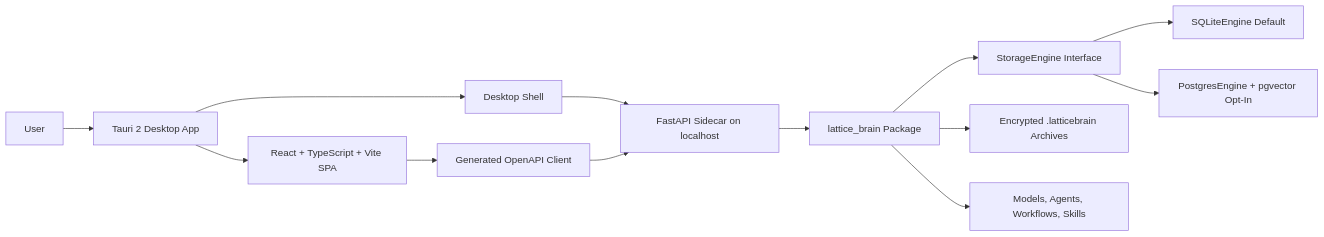
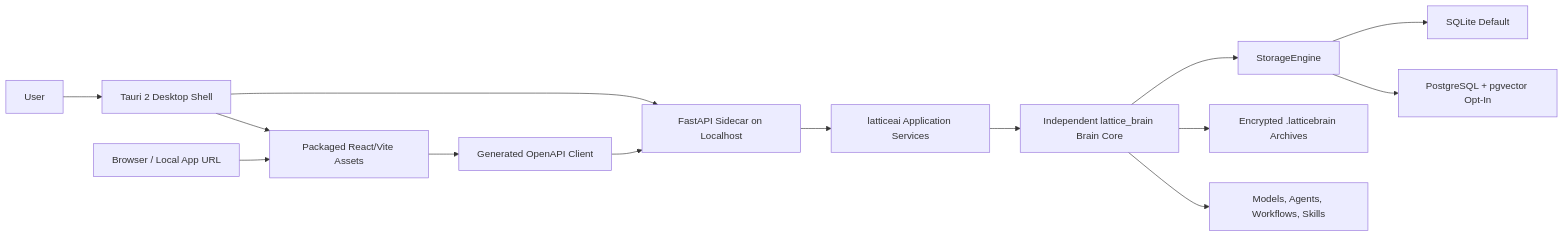
Before and after one commit to TaeSooPark-PTS/LatticeAI: the first of 10 diagrams in ARCHITECTURE.md, drawn with Mermaid. The commit also changed other lines of this file and 41 other files, not shown here.

````diff
--- a/ARCHITECTURE.md
+++ b/ARCHITECTURE.md
@@ -9,15 +10,16 @@
 ```mermaid
 flowchart LR
-  User["User"] --> Desktop["Tauri 2 Desktop App"]
-  Desktop --> Shell["Desktop Shell"]
-  Desktop --> SPA["React + TypeScript + Vite SPA"]
-  Shell --> Sidecar["FastAPI Sidecar on localhost"]
-  SPA --> Client["Generated OpenAPI Client"]
+  User["User"] --> Tauri["Tauri 2 Desktop Shell"]
+  Tauri --> Assets["Packaged React/Vite Assets"]
+  Tauri --> Sidecar["FastAPI Sidecar on Localhost"]
+  Browser["Browser / Local App URL"] --> Assets
+  Assets --> Client["Generated OpenAPI Client"]
   Client --> Sidecar
-  Sidecar --> Brain["lattice_brain Package"]
-  Brain --> Storage["StorageEngine Interface"]
-  Storage --> SQLite["SQLiteEngine Default"]
-  Storage --> Postgres["PostgresEngine + pgvector Opt-In"]
+  Sidecar --> Services["latticeai Application Services"]
+  Services --> Brain["Independent lattice_brain Brain Core"]
+  Brain --> Storage["StorageEngine"]
+  Storage --> SQLite["SQLite Default"]
+  Storage --> Postgres["PostgreSQL + pgvector Opt-In"]
   Brain --> Archives["Encrypted .latticebrain Archives"]
   Brain --> Runtime["Models, Agents, Workflows, Skills"]
 ```
````
